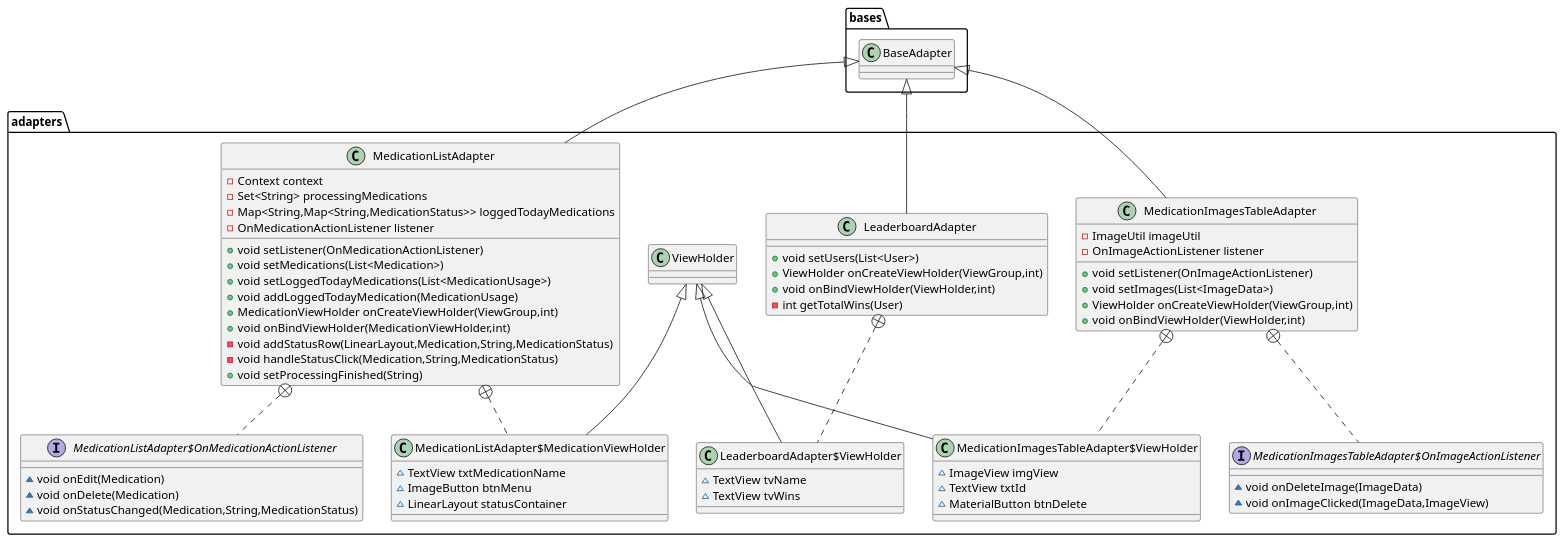
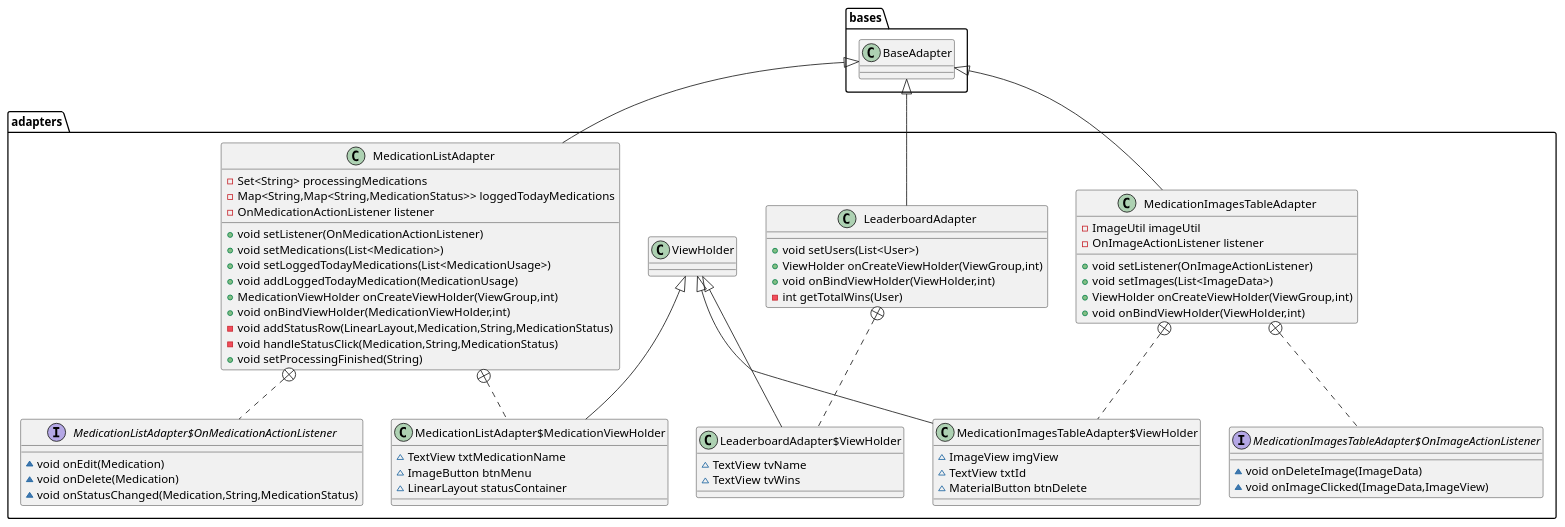
The diagram in umls/adapters2.puml (sagiv23/ShvilHazhav), drawn with PlantUML before and after one commit. The commit also changed 6 other files, not shown here.

```diff
--- a/umls/adapters2.puml
+++ b/umls/adapters2.puml
@@ -1,77 +1,76 @@
 @startuml
 class adapters.MedicationImagesTableAdapter {
 - ImageUtil imageUtil
 - OnImageActionListener listener
 + void setListener(OnImageActionListener)
 + void setImages(List<ImageData>)
 + ViewHolder onCreateViewHolder(ViewGroup,int)
 + void onBindViewHolder(ViewHolder,int)
 }
 
 
 interface adapters.MedicationImagesTableAdapter$OnImageActionListener {
 ~ void onDeleteImage(ImageData)
 ~ void onImageClicked(ImageData,ImageView)
 }
 
 class adapters.MedicationImagesTableAdapter$ViewHolder {
 ~ ImageView imgView
 ~ TextView txtId
 ~ MaterialButton btnDelete
 }
 
 class adapters.MedicationListAdapter {
-- Context context
 - Set<String> processingMedications
 - Map<String,Map<String,MedicationStatus>> loggedTodayMedications
 - OnMedicationActionListener listener
 + void setListener(OnMedicationActionListener)
 + void setMedications(List<Medication>)
 + void setLoggedTodayMedications(List<MedicationUsage>)
 + void addLoggedTodayMedication(MedicationUsage)
 + MedicationViewHolder onCreateViewHolder(ViewGroup,int)
 + void onBindViewHolder(MedicationViewHolder,int)
 - void addStatusRow(LinearLayout,Medication,String,MedicationStatus)
 - void handleStatusClick(Medication,String,MedicationStatus)
 + void setProcessingFinished(String)
 }
 
 
 interface adapters.MedicationListAdapter$OnMedicationActionListener {
 ~ void onEdit(Medication)
 ~ void onDelete(Medication)
 ~ void onStatusChanged(Medication,String,MedicationStatus)
 }
 
 class adapters.MedicationListAdapter$MedicationViewHolder {
 ~ TextView txtMedicationName
 ~ ImageButton btnMenu
 ~ LinearLayout statusContainer
 }
 
 class adapters.LeaderboardAdapter {
 + void setUsers(List<User>)
 + ViewHolder onCreateViewHolder(ViewGroup,int)
 + void onBindViewHolder(ViewHolder,int)
 - int getTotalWins(User)
 }
 
 class adapters.LeaderboardAdapter$ViewHolder {
 ~ TextView tvName
 ~ TextView tvWins
 }
 
 
 
 bases.BaseAdapter <|-- adapters.MedicationImagesTableAdapter
 adapters.MedicationImagesTableAdapter +.. adapters.MedicationImagesTableAdapter$OnImageActionListener
 adapters.MedicationImagesTableAdapter +.. adapters.MedicationImagesTableAdapter$ViewHolder
 adapters.ViewHolder <|-- adapters.MedicationImagesTableAdapter$ViewHolder
 bases.BaseAdapter <|-- adapters.MedicationListAdapter
 adapters.MedicationListAdapter +.. adapters.MedicationListAdapter$OnMedicationActionListener
 adapters.MedicationListAdapter +.. adapters.MedicationListAdapter$MedicationViewHolder
 adapters.ViewHolder <|-- adapters.MedicationListAdapter$MedicationViewHolder
 bases.BaseAdapter <|-- adapters.LeaderboardAdapter
 adapters.LeaderboardAdapter +.. adapters.LeaderboardAdapter$ViewHolder
 adapters.ViewHolder <|-- adapters.LeaderboardAdapter$ViewHolder
 @enduml
```
